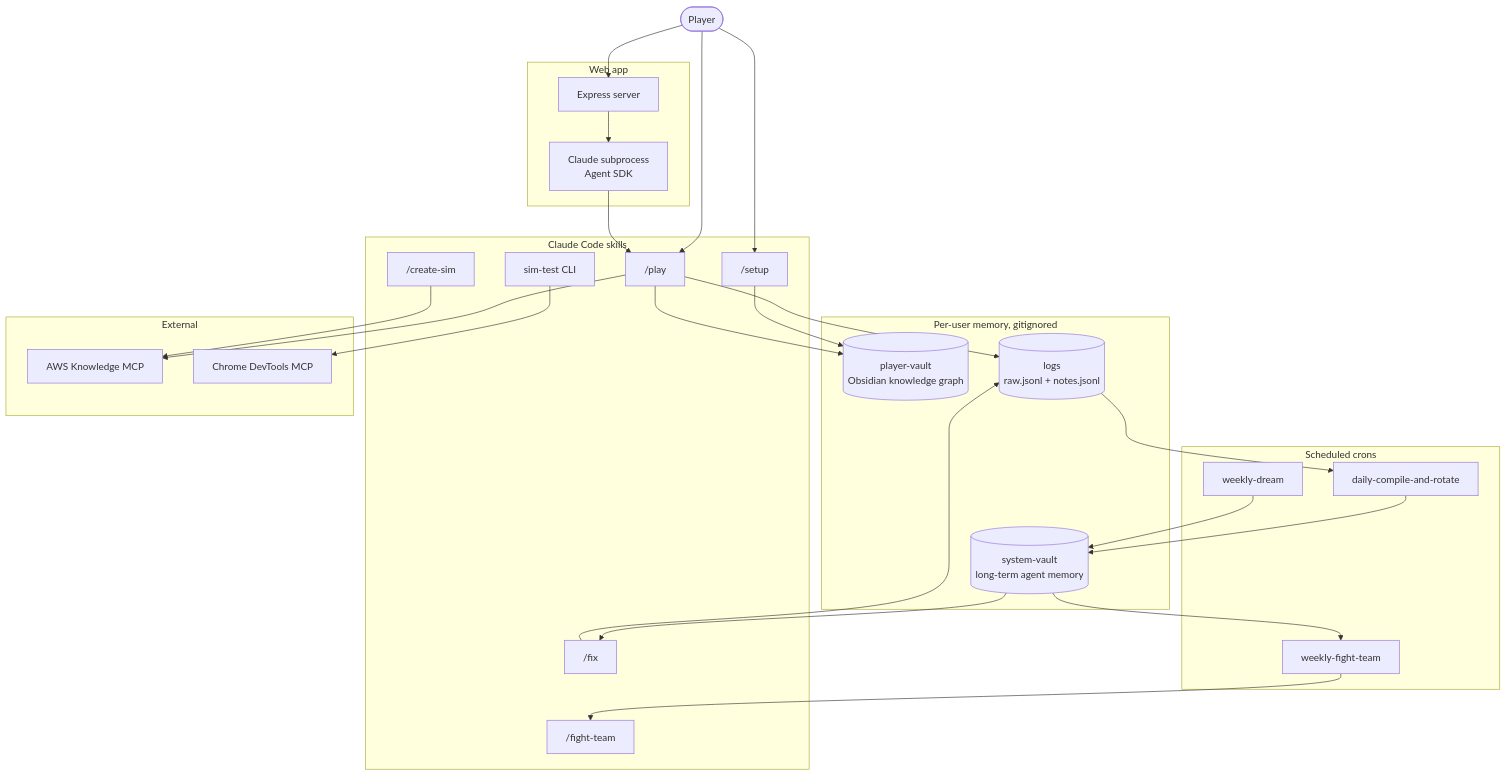
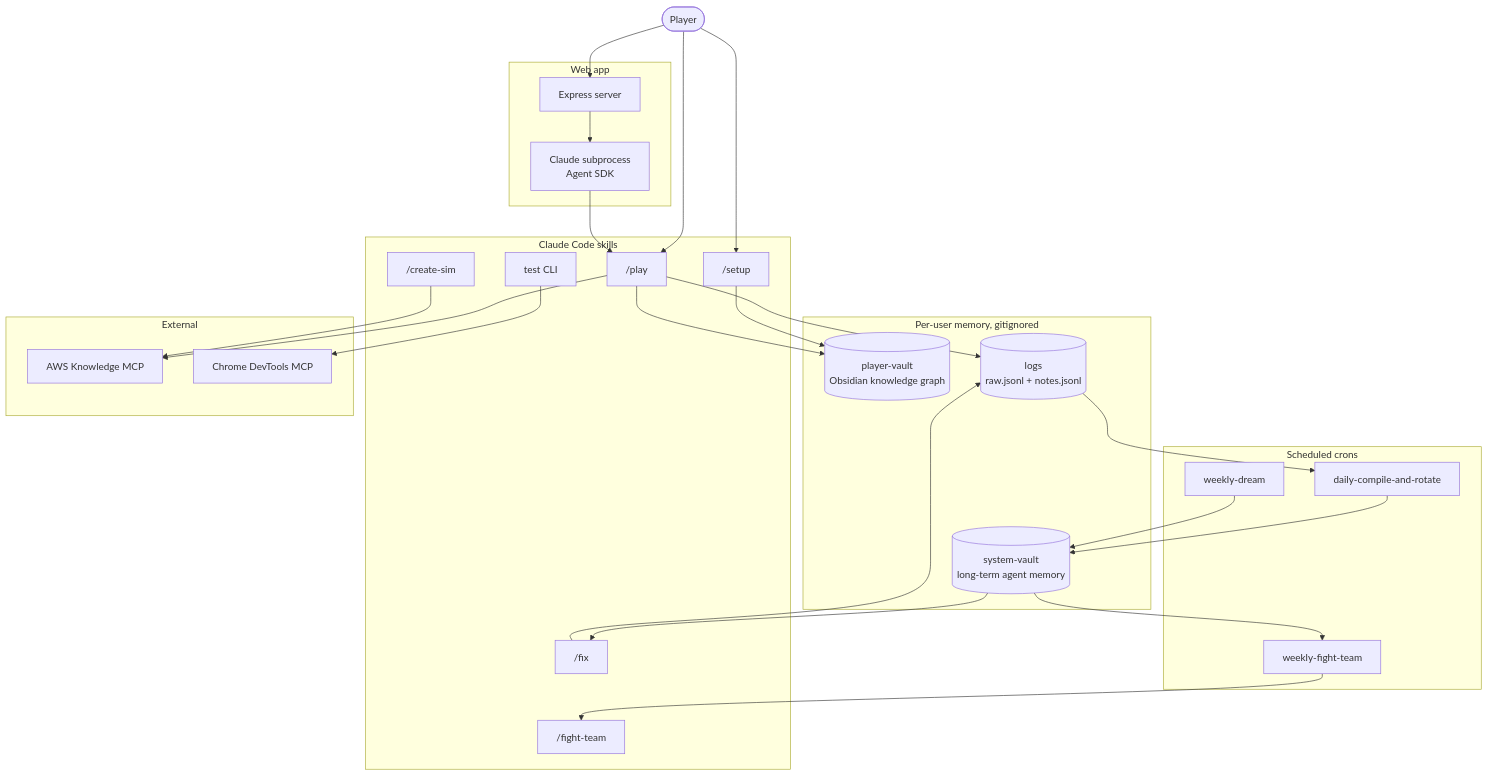
Before and after one commit to drashtishah/aws-simulator: the second of 2 diagrams in README.md, drawn with Mermaid. The commit also changed other lines of this file and 43 other files, not shown here.

First line of the commit message:
refactor: rename sim-test to test everywhere

````diff
--- a/README.md
+++ b/README.md
@@ -34,54 +34,54 @@
 ```mermaid
 flowchart TB
   Player([Player])
 
   subgraph Skills[Claude Code skills]
     Setup["/setup"]
     Play["/play"]
     Fix["/fix"]
     FightTeam["/fight-team"]
     CreateSim["/create-sim"]
-    SimTest[sim-test CLI]
+    SimTest[test CLI]
   end
 
   subgraph Crons[Scheduled crons]
     Compile[daily-compile-and-rotate]
     Dream[weekly-dream]
     WeeklyFight[weekly-fight-team]
   end
 
   subgraph Memory[Per-user memory, gitignored]
     PlayerVault[(player-vault<br/>Obsidian knowledge graph)]
     SystemVault[(system-vault<br/>long-term agent memory)]
     Logs[(logs<br/>raw.jsonl + notes.jsonl)]
   end
 
   subgraph Web[Web app]
     Express[Express server]
     Subprocess[Claude subprocess<br/>Agent SDK]
   end
 
   subgraph External[External]
     AwsMcp[AWS Knowledge MCP]
     DevtoolsMcp[Chrome DevTools MCP]
   end
 
   Player --> Setup
   Player --> Play
   Player --> Express
   Express --> Subprocess
   Subprocess --> Play
   Setup --> PlayerVault
   Play --> PlayerVault
   Play --> Logs
   Logs --> Compile
   Compile --> SystemVault
   SystemVault --> Fix
   SystemVault --> WeeklyFight
   WeeklyFight --> FightTeam
   Dream --> SystemVault
   Fix --> Logs
   Play --> AwsMcp
   CreateSim --> AwsMcp
   SimTest --> DevtoolsMcp
 ```
````
